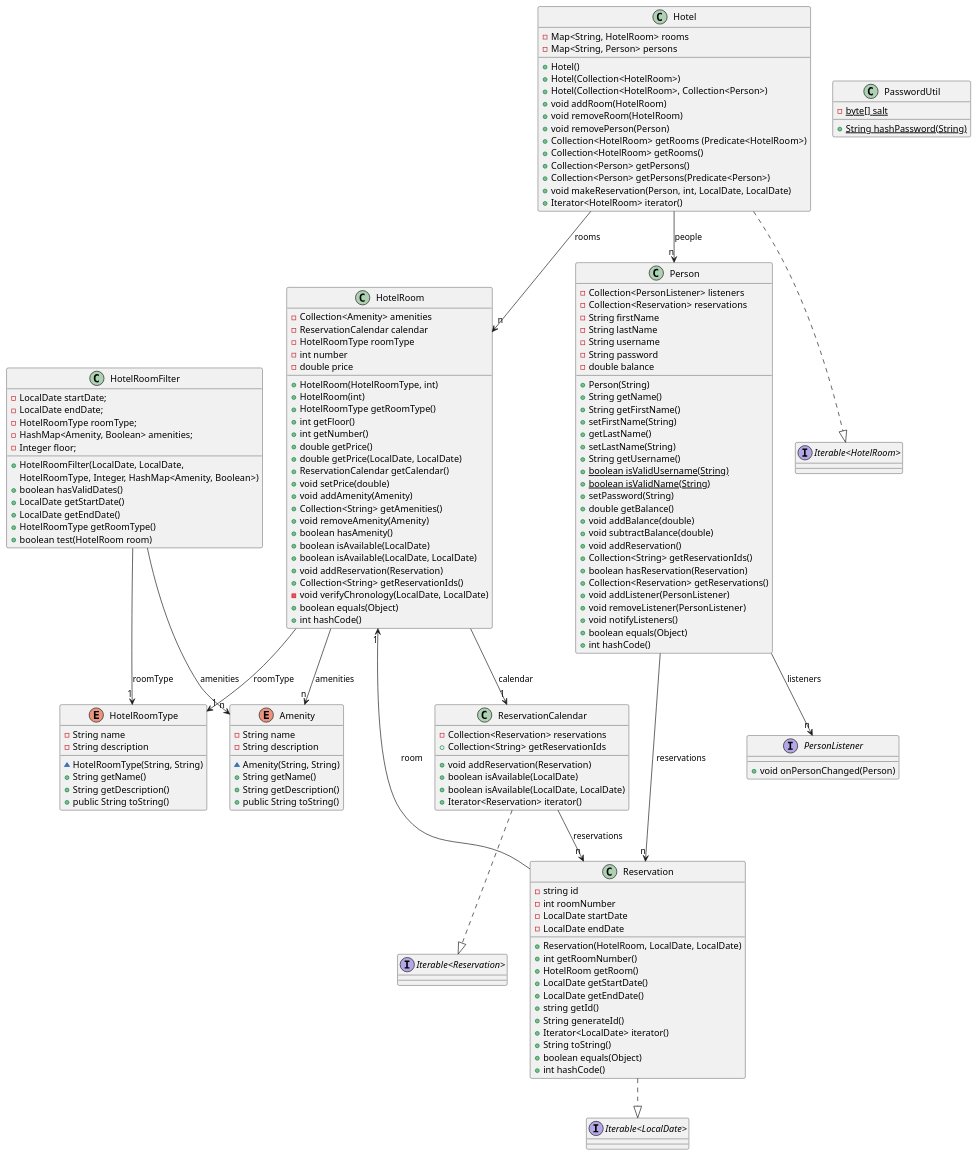
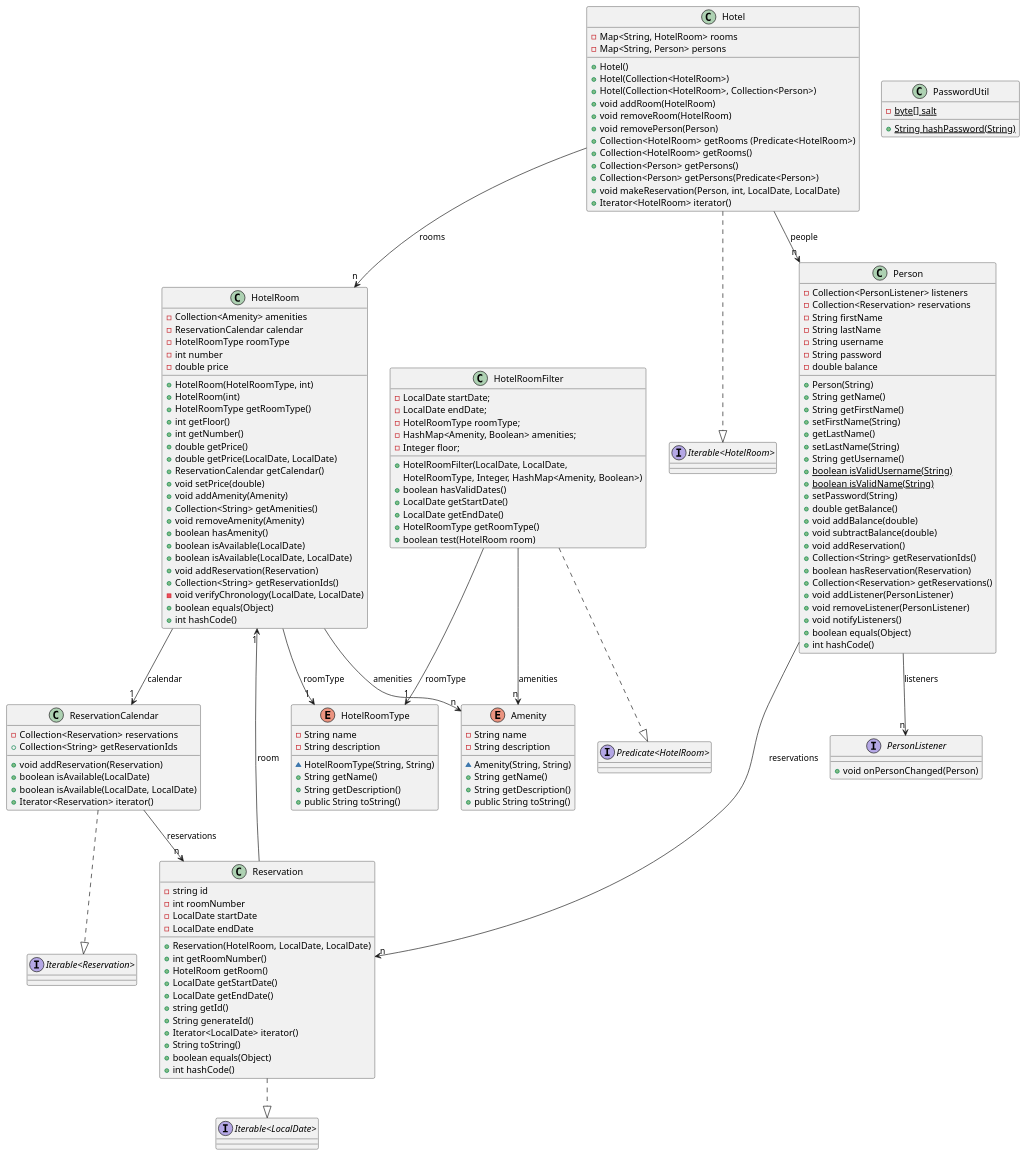
The diagram in docs/modules/core.md (erlendps/IT1901---HotelSys), drawn with PlantUML before and after one commit.

Commit message:
#143 Added implent in some classes, class diagram

```diff
--- a/docs/modules/core.md
+++ b/docs/modules/core.md
@@ -67,7 +67,7 @@
 
 class PasswordUtil{
     - {static} byte[] salt
-    
+
     + {static} String hashPassword(String)
 }
 
@@ -146,6 +146,9 @@
 interface "Iterable<LocalDate>" {
 }
 
+interface "Predicate<HotelRoom>"{
+}
+
 enum HotelRoomType {
     - String name
     - String description
@@ -173,6 +176,7 @@
 HotelRoom --> "1" ReservationCalendar : calendar
 HotelRoomFilter --> "1" HotelRoomType : roomType
 HotelRoomFilter --> "n" Amenity : amenities
+HotelRoomFilter ..|> "Predicate<HotelRoom>"
 ReservationCalendar --> "n" Reservation : reservations
 ReservationCalendar ..|> "Iterable<Reservation>"
 Reservation ..|> "Iterable<LocalDate>"
```
